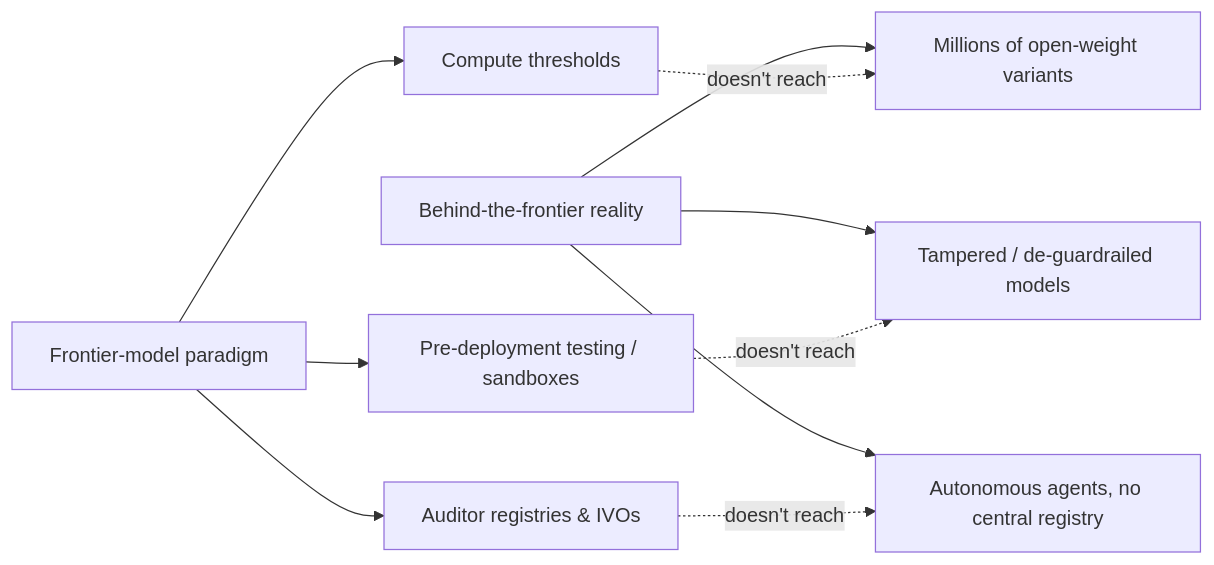
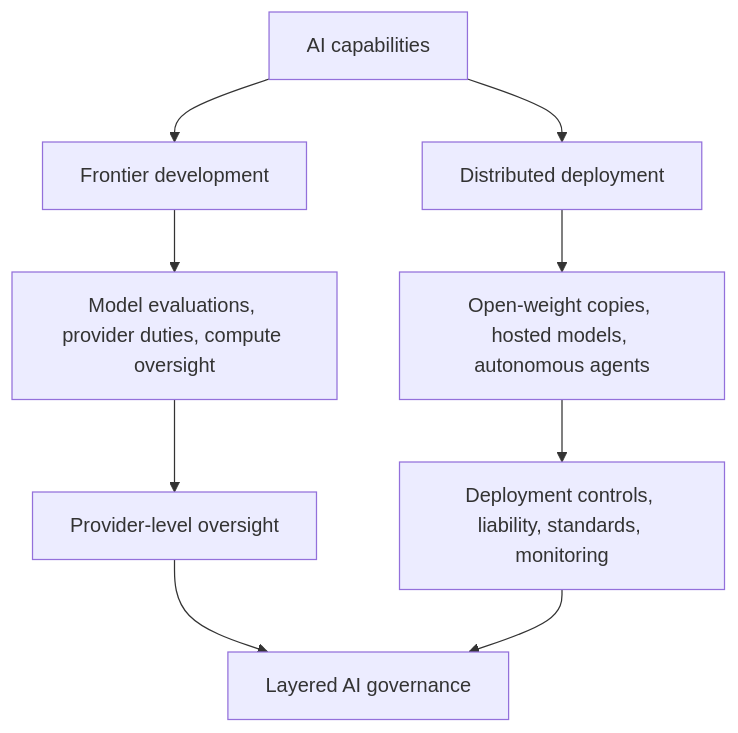
Before and after one commit to minwu-ai/minwu-ai.github.io: the diagram in posts/unpublished/rand-s-richard-danzig-says-ai-regulation-is-aimed-at-the-wro.md, drawn with Mermaid. The commit also changed other lines of this file, not shown here.

First line of the commit message:
Revise article on AI regulation and governance focus

````diff
--- a/posts/unpublished/rand-s-richard-danzig-says-ai-regulation-is-aimed-at-the-wro.md
+++ b/posts/unpublished/rand-s-richard-danzig-says-ai-regulation-is-aimed-at-the-wro.md
@@ -25,12 +70,14 @@
 ```mermaid
-flowchart LR
-    A[Frontier-model paradigm] --> B[Compute thresholds]
-    A --> C[Pre-deployment testing / sandboxes]
-    A --> D[Auditor registries & IVOs]
-    E[Behind-the-frontier reality] --> F[Millions of open-weight variants]
-    E --> G[Tampered / de-guardrailed models]
-    E --> H[Autonomous agents, no central registry]
-    B -.doesn't reach.-> F
-    C -.doesn't reach.-> G
-    D -.doesn't reach.-> H
+flowchart TD
+    A["AI capabilities"] --> B["Frontier development"]
+    A --> C["Distributed deployment"]
+
+    B --> D["Model evaluations, provider duties, compute oversight"]
+    C --> E["Open-weight copies, hosted models, autonomous agents"]
+
+    D --> F["Provider-level oversight"]
+    E --> G["Deployment controls, liability, standards, monitoring"]
+
+    F --> H["Layered AI governance"]
+    G --> H
 ```
````
